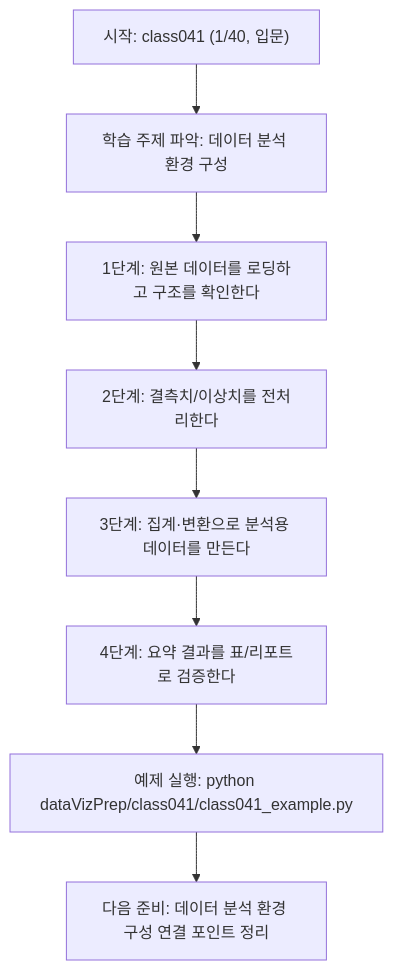
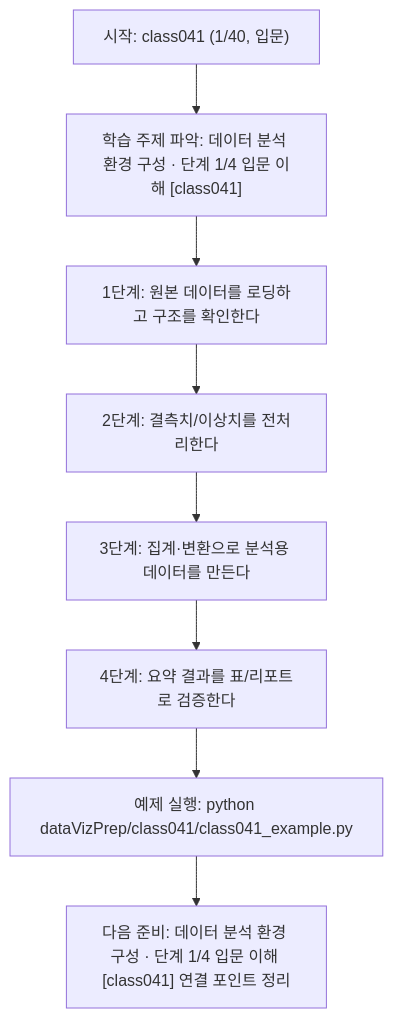
One commit to edumgt/Python-AI_Agent-Class changed the diagram in dataVizPrep/class041/class041.md. Above: the diagram before and after it, drawn with Mermaid. The commit also changed other lines of this file and 522 other files, not shown here.

````diff
--- a/dataVizPrep/class041/class041.md
+++ b/dataVizPrep/class041/class041.md
@@ -111,18 +112,18 @@
 ```mermaid
 flowchart TD
 N1["시작: class041 (1/40, 입문)"]
-N2["학습 주제 파악: 데이터 분석 환경 구성"]
+N2["학습 주제 파악: 데이터 분석 환경 구성 · 단계 1/4 입문 이해 [class041]"]
 N3["1단계: 원본 데이터를 로딩하고 구조를 확인한다"]
 N4["2단계: 결측치/이상치를 전처리한다"]
 N5["3단계: 집계·변환으로 분석용 데이터를 만든다"]
 N6["4단계: 요약 결과를 표/리포트로 검증한다"]
 N7["예제 실행: python dataVizPrep/class041/class041_example.py"]
-N8["다음 준비: 데이터 분석 환경 구성 연결 포인트 정리"]
+N8["다음 준비: 데이터 분석 환경 구성 · 단계 1/4 입문 이해 [class041] 연결 포인트 정리"]
 N1 --> N2
 N2 --> N3
 N3 --> N4
 N4 --> N5
 N5 --> N6
 N6 --> N7
 N7 --> N8
 ```
````
